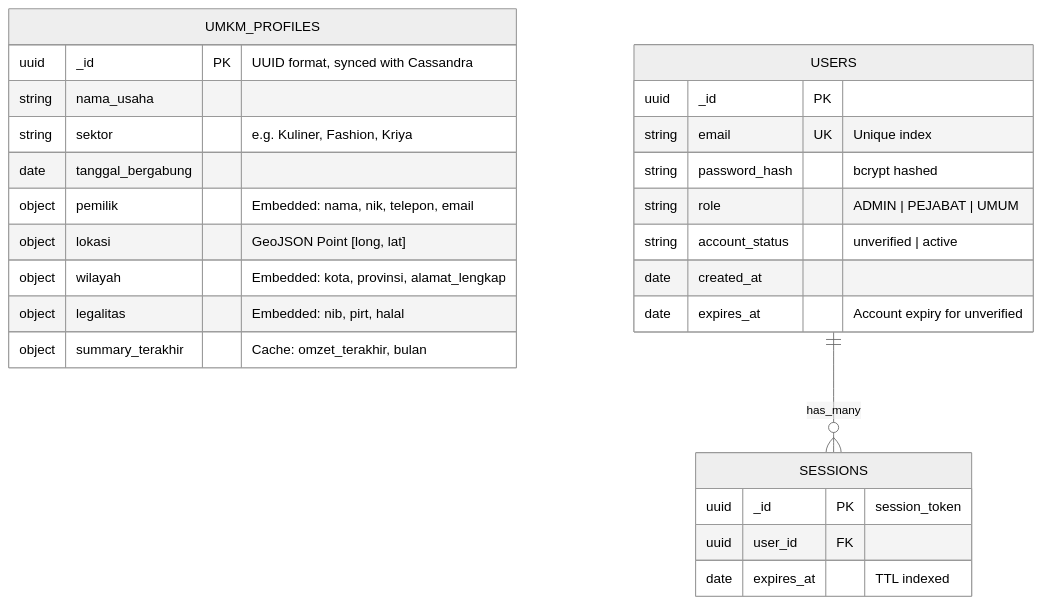
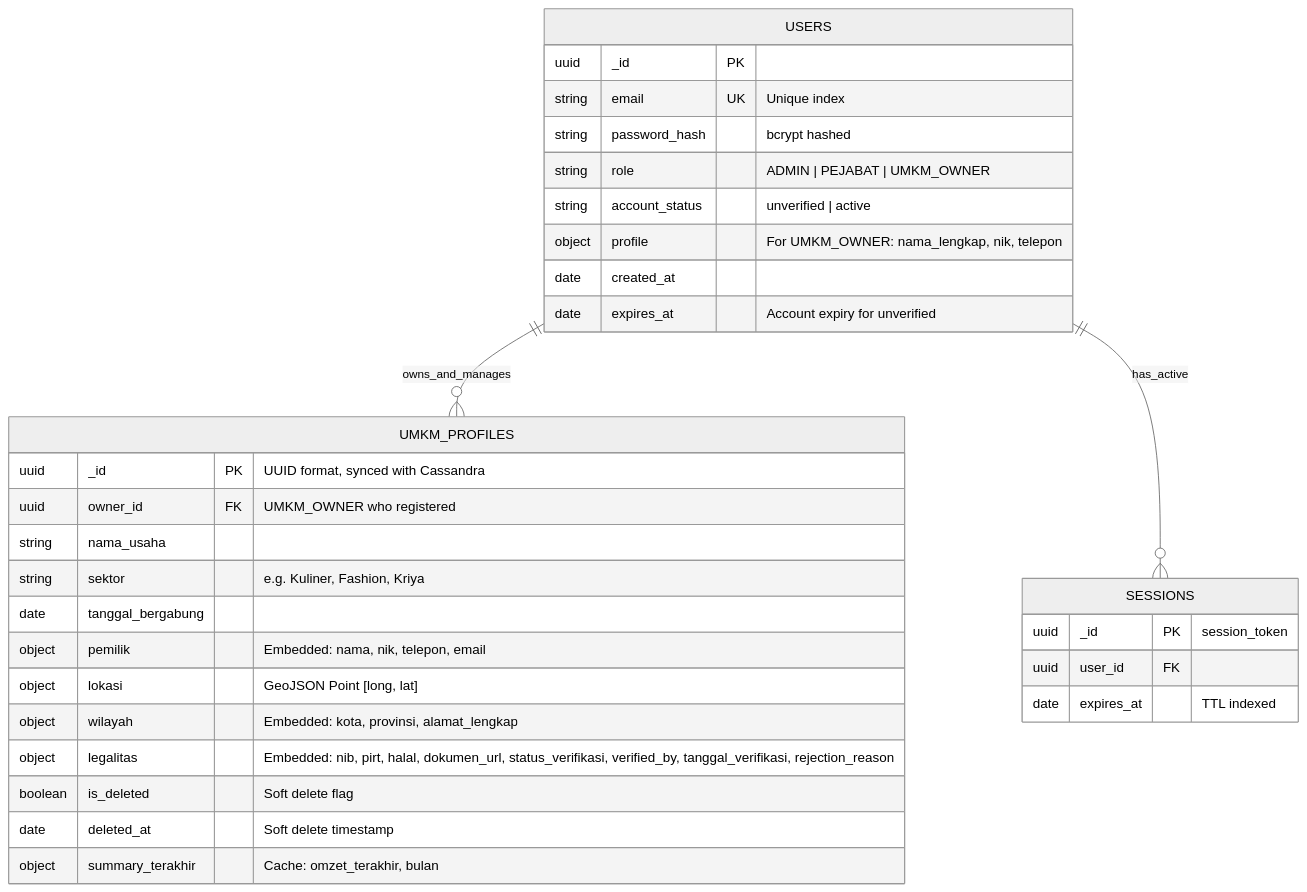
Before and after one commit to codewara/SIGMA-UMKM: the second of 4 diagrams in README.md, drawn with Mermaid (neutral theme). The commit also changed other lines of this file, not shown here.

Commit message:
update readme: schema and API endpoints list

````diff
--- a/README.md
+++ b/README.md
@@ -37,35 +37,43 @@
 ```mermaid
 erDiagram
     %% Main Business Collection
     UMKM_PROFILES {
         uuid _id PK "UUID format, synced with Cassandra"
+        uuid owner_id FK "UMKM_OWNER who registered"
         string nama_usaha
         string sektor "e.g. Kuliner, Fashion, Kriya"
         date tanggal_bergabung
         object pemilik "Embedded: nama, nik, telepon, email"
         object lokasi "GeoJSON Point [long, lat]"
         object wilayah "Embedded: kota, provinsi, alamat_lengkap"
-        object legalitas "Embedded: nib, pirt, halal"
+        object legalitas "Embedded: nib, pirt, halal, dokumen_url, status_verifikasi, verified_by, tanggal_verifikasi, rejection_reason"
+        boolean is_deleted "Soft delete flag"
+        date deleted_at "Soft delete timestamp"
         object summary_terakhir "Cache: omzet_terakhir, bulan"
     }
     
     %% Authentication Collections
     USERS {
         uuid _id PK
         string email UK "Unique index"
         string password_hash "bcrypt hashed"
-        string role "ADMIN | PEJABAT | UMUM"
+        string role "ADMIN | PEJABAT | UMKM_OWNER"
         string account_status "unverified | active"
+        object profile "For UMKM_OWNER: nama_lengkap, nik, telepon"
         date created_at
         date expires_at "Account expiry for unverified"
     }
     
     SESSIONS {
         uuid _id PK "session_token"
         uuid user_id FK
         date expires_at "TTL indexed"
     }
     
     %% Relationships
-    USERS ||--o{ SESSIONS : "has_many"
+    %% One User (Owner) manages Many UMKMs
+    USERS ||--o{ UMKM_PROFILES : "owns_and_manages"
+    
+    %% One User has Many Sessions
+    USERS ||--o{ SESSIONS : "has_active"
 ```
````
